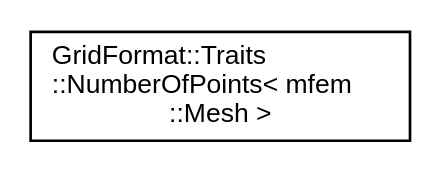
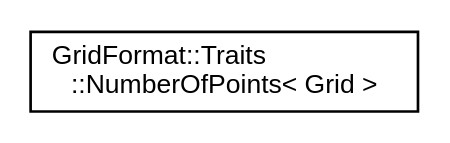
Before and after one commit to dglaeser/gridformat: the diagram in inherit_graph_73.dot, drawn with Graphviz. The commit also changed 337 other files, not shown here.

```diff
--- a/inherit_graph_73.dot
+++ b/inherit_graph_73.dot
@@ -1,8 +1,8 @@
 digraph "Graphical Class Hierarchy"
 {
  // LATEX_PDF_SIZE
   edge [fontname="Helvetica",fontsize="10",labelfontname="Helvetica",labelfontsize="10"];
   node [fontname="Helvetica",fontsize="10",shape=record];
   rankdir="LR";
-  Node0 [label="GridFormat::Traits\l::NumberOfPoints\< mfem\l::Mesh \>",height=0.2,width=0.4,color="black", fillcolor="white", style="filled",URL="$structGridFormat_1_1Traits_1_1NumberOfPoints_3_01mfem_1_1Mesh_01_4.html",tooltip=" "];
+  Node0 [label="GridFormat::Traits\l::NumberOfPoints\< Grid \>",height=0.2,width=0.4,color="black", fillcolor="white", style="filled",URL="$structGridFormat_1_1Traits_1_1NumberOfPoints_3_01Grid_01_4.html",tooltip=" "];
 }
```
